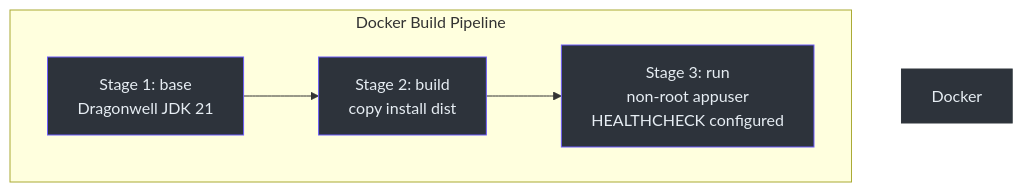
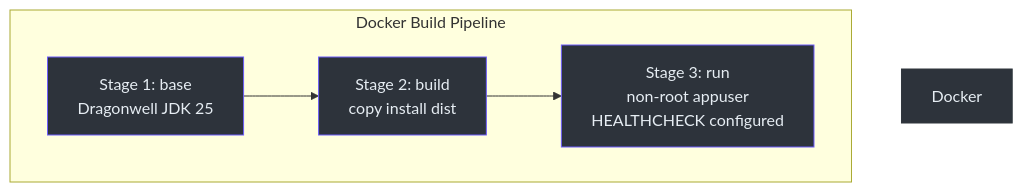
Before and after one commit to Ahoo-Wang/CoSky: the first of 4 diagrams in wiki/guide/deployment-docker.md, drawn with Mermaid. The commit also changed other lines of this file and 31 other files, not shown here.

````diff
--- a/wiki/guide/deployment-docker.md
+++ b/wiki/guide/deployment-docker.md
@@ -41,14 +41,14 @@
 ```mermaid
 flowchart TB
     subgraph Docker Build Pipeline
         style Docker Build Pipeline fill:#161b22,stroke:#30363d,color:#e6edf3
-        B1["Stage 1: base<br>Dragonwell JDK 21"] --> B2["Stage 2: build<br>copy install dist"]
+        B1["Stage 1: base<br>Dragonwell JDK 25"] --> B2["Stage 2: build<br>copy install dist"]
         B2 --> B3["Stage 3: run<br>non-root appuser<br>HEALTHCHECK configured"]
     end
 
     B1:::node
     B2:::node
     B3:::node
 
     classDef node fill:#2d333b,stroke:#6d5dfc,color:#e6edf3
 ```
````
